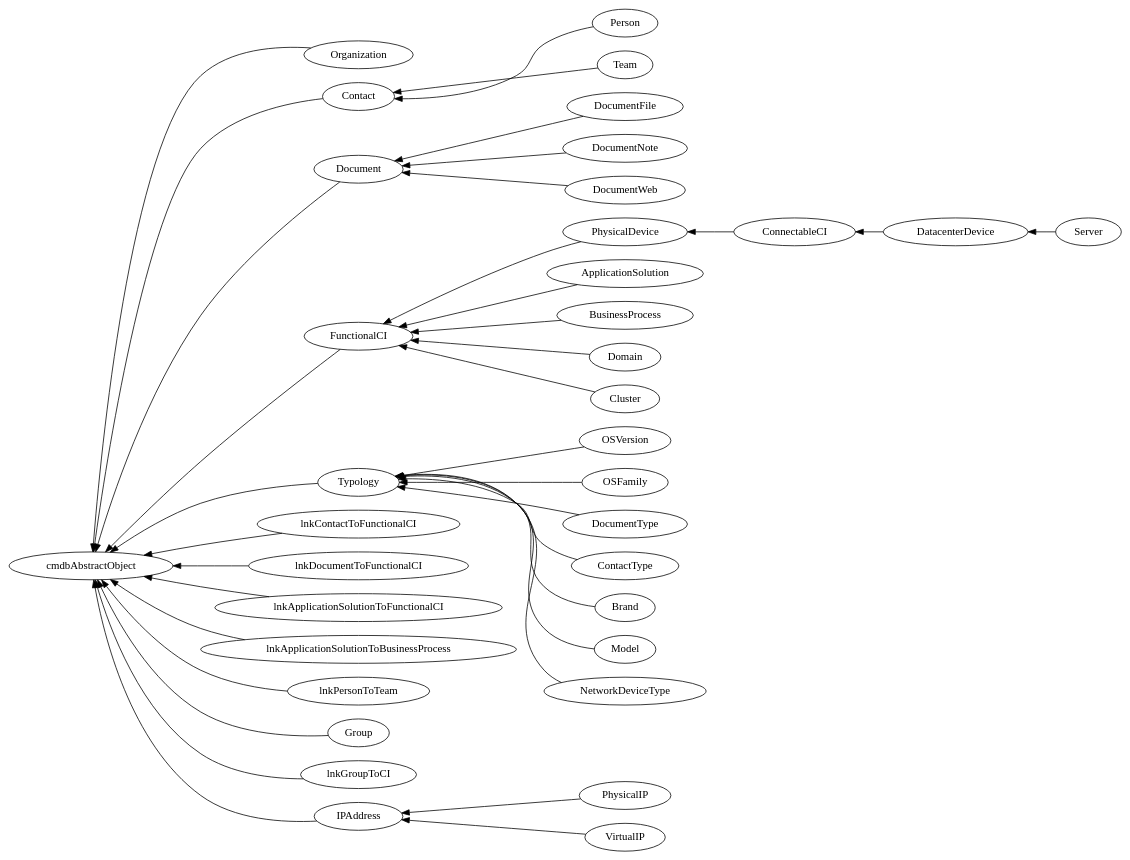
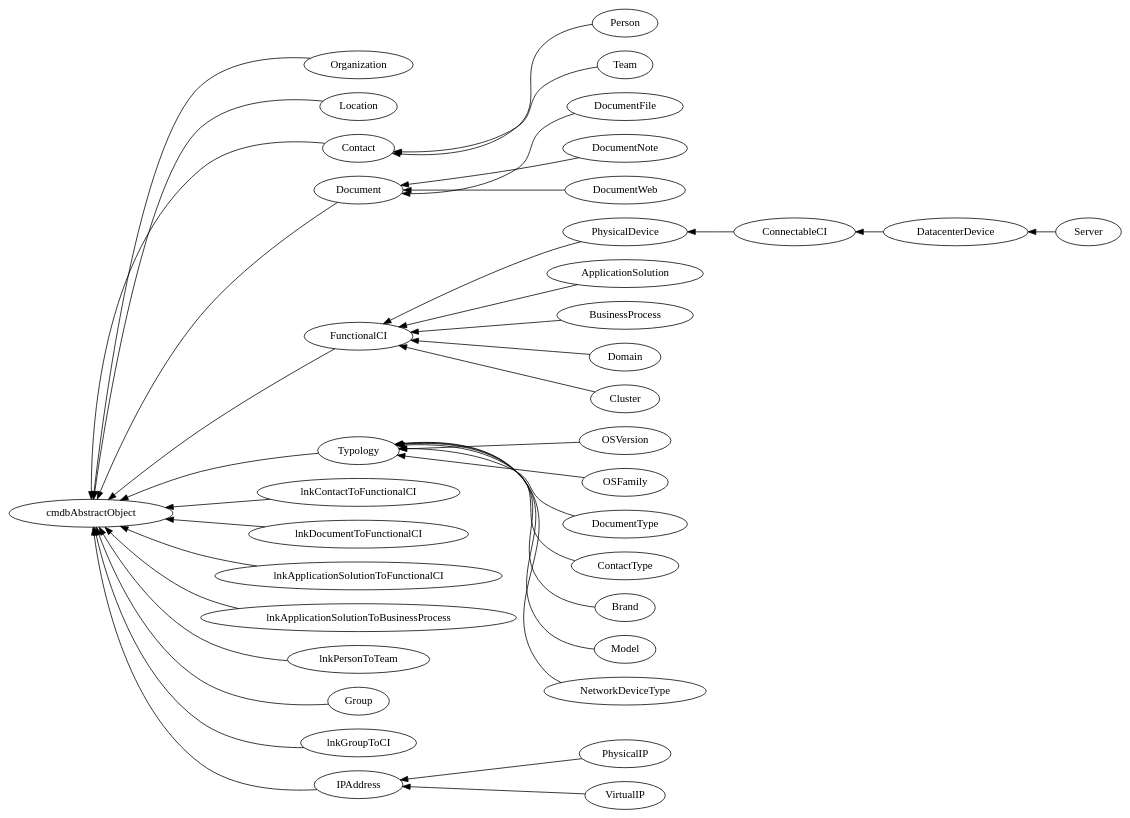
One commit to ops-itop/itop-extensions changed the diagram in itop.dot. Above: the diagram before and after it, drawn with Graphviz. The commit also changed 6 other files, not shown here.

```diff
--- a/itop.dot
+++ b/itop.dot
@@ -1,38 +1,39 @@
 digraph G{
 rankdir=RL
 Organization->cmdbAbstractObject
+Location->cmdbAbstractObject
 Contact->cmdbAbstractObject
 Person->Contact
 Team->Contact
 Document->cmdbAbstractObject
 DocumentFile->Document
 DocumentNote->Document
 DocumentWeb->Document
 FunctionalCI->cmdbAbstractObject
 PhysicalDevice->FunctionalCI
 ConnectableCI->PhysicalDevice
 DatacenterDevice->ConnectableCI
 Server->DatacenterDevice
 ApplicationSolution->FunctionalCI
 BusinessProcess->FunctionalCI
 Typology->cmdbAbstractObject
 OSVersion->Typology
 OSFamily->Typology
 DocumentType->Typology
 ContactType->Typology
 Brand->Typology
 Model->Typology
 NetworkDeviceType->Typology
 lnkContactToFunctionalCI->cmdbAbstractObject
 lnkDocumentToFunctionalCI->cmdbAbstractObject
 lnkApplicationSolutionToFunctionalCI->cmdbAbstractObject
 lnkApplicationSolutionToBusinessProcess->cmdbAbstractObject
 lnkPersonToTeam->cmdbAbstractObject
 Group->cmdbAbstractObject
 lnkGroupToCI->cmdbAbstractObject
 IPAddress->cmdbAbstractObject
 PhysicalIP->IPAddress
 VirtualIP->IPAddress
 Domain->FunctionalCI
 Cluster->FunctionalCI
 }
```
